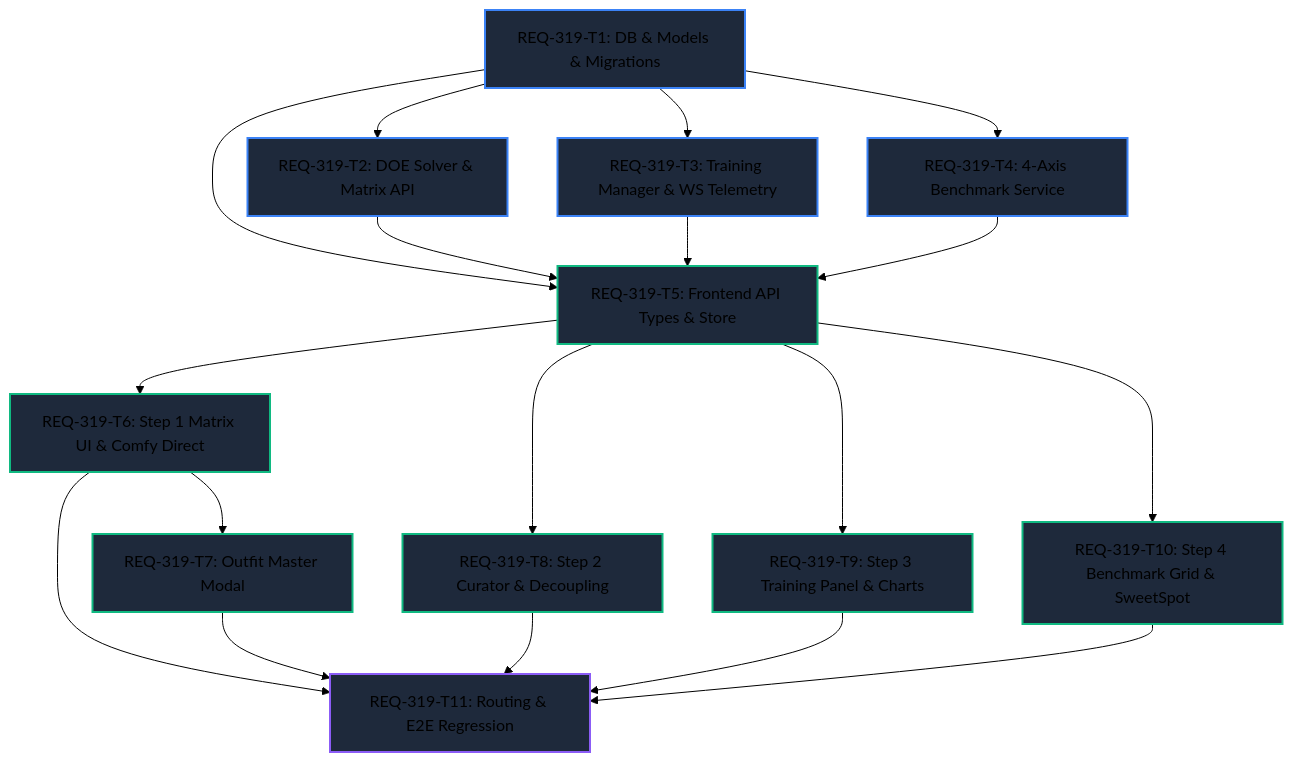
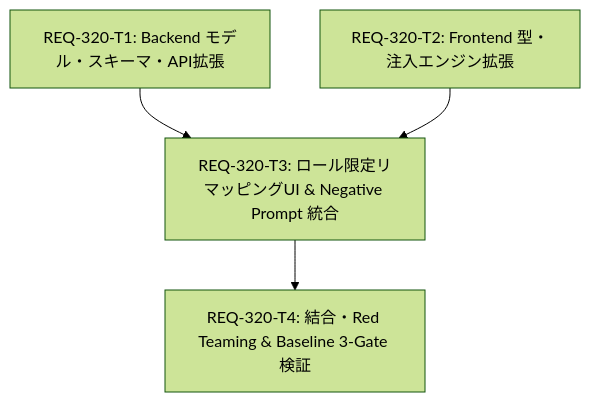
The diagram in implementation_plan.md (TAKE4548/comfy-create-helper2), drawn with Mermaid (forest theme) before and after one commit. The commit also changed other lines of this file and 18 other files, not shown here.

````diff
--- a/implementation_plan.md
+++ b/implementation_plan.md
@@ -9,36 +37,11 @@
 ```mermaid
 graph TD
-    classDef backend fill:#1e293b,stroke:#3b82f6,stroke-width:2px;
-    classDef frontend fill:#1e293b,stroke:#10b981,stroke-width:2px;
-    classDef system fill:#1e293b,stroke:#8b5cf6,stroke-width:2px;
+    REQ-320-T1["REQ-320-T1: Backend モデル・スキーマ・API拡張"]
+    REQ-320-T2["REQ-320-T2: Frontend 型・注入エンジン拡張"]
+    REQ-320-T3["REQ-320-T3: ロール限定リマッピングUI & Negative Prompt 統合"]
+    REQ-320-T4["REQ-320-T4: 結合・Red Teaming & Baseline 3-Gate 検証"]
 
-    T1["REQ-319-T1: DB & Models & Migrations"]:::backend
-    T2["REQ-319-T2: DOE Solver & Matrix API"]:::backend
-    T3["REQ-319-T3: Training Manager & WS Telemetry"]:::backend
-    T4["REQ-319-T4: 4-Axis Benchmark Service"]:::backend
-    T5["REQ-319-T5: Frontend API Types & Store"]:::frontend
-    T6["REQ-319-T6: Step 1 Matrix UI & Comfy Direct"]:::frontend
-    T7["REQ-319-T7: Outfit Master Modal"]:::frontend
-    T8["REQ-319-T8: Step 2 Curator & Decoupling"]:::frontend
-    T9["REQ-319-T9: Step 3 Training Panel & Charts"]:::frontend
-    T10["REQ-319-T10: Step 4 Benchmark Grid & SweetSpot"]:::frontend
-    T11["REQ-319-T11: Routing & E2E Regression"]:::system
-
-    T1 --> T2
-    T1 --> T3
-    T1 --> T4
-    T1 --> T5
-    T2 --> T5
-    T3 --> T5
-    T4 --> T5
-    T5 --> T6
-    T6 --> T7
-    T5 --> T8
-    T5 --> T9
-    T5 --> T10
-    T6 --> T11
-    T7 --> T11
-    T8 --> T11
-    T9 --> T11
-    T10 --> T11
+    REQ-320-T1 --> REQ-320-T3
+    REQ-320-T2 --> REQ-320-T3
+    REQ-320-T3 --> REQ-320-T4
 ```
````
